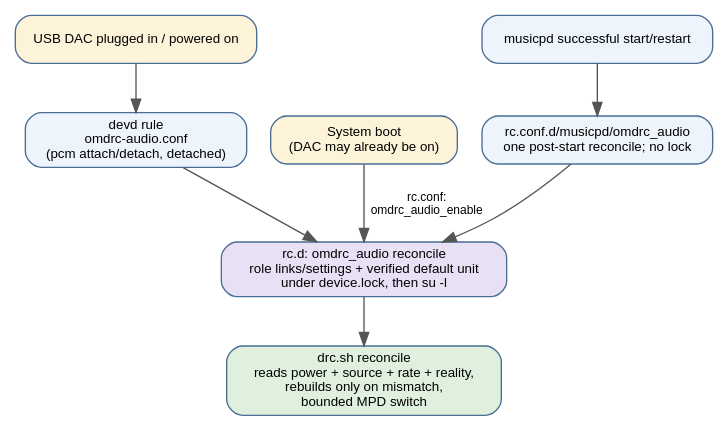
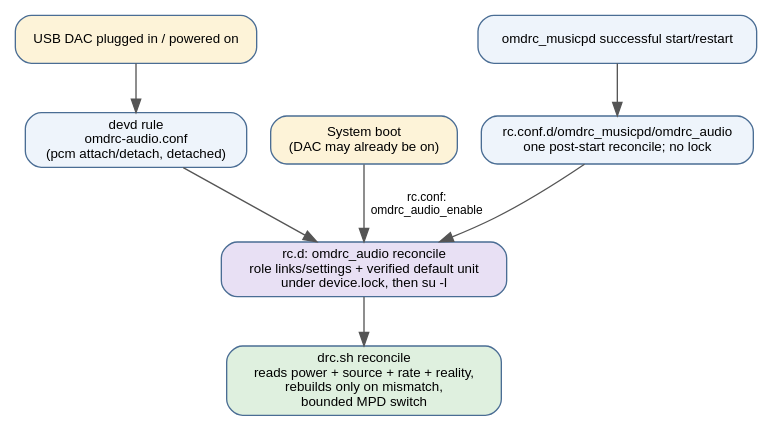
The diagram in doc/pdf/diagrams/hotplug-freebsd.dot (delleceste/open-media-drc), drawn with Graphviz before and after one commit. The commit also changed 12 other files, not shown here.

First line of the commit message:
FreeBSD: run MPD from a project-owned omdrc_musicpd rc script

```diff
--- a/doc/pdf/diagrams/hotplug-freebsd.dot
+++ b/doc/pdf/diagrams/hotplug-freebsd.dot
@@ -1,19 +1,19 @@
 // USB DAC hotplug plus late-MPD reconciliation, FreeBSD: devd + rc.d.
 digraph hotplug_freebsd {
     rankdir=TB;
     fontname="Helvetica";
     node [fontname="Helvetica", fontsize=10, shape=box, style="rounded,filled", fillcolor="#eef4fb", color="#4a6d94"];
     edge [fontname="Helvetica", fontsize=9, color="#555555"];
 
     plug [label="USB DAC plugged in / powered on", fillcolor="#fdf3d8"];
     boot [label="System boot\n(DAC may already be on)", fillcolor="#fdf3d8"];
     devd  [label="devd rule\nomdrc-audio.conf\n(pcm attach/detach, detached)"];
-    mpdok [label="musicpd successful start/restart"];
-    mpdhook [label="rc.conf.d/musicpd/omdrc_audio\none post-start reconcile; no lock"];
+    mpdok [label="omdrc_musicpd successful start/restart"];
+    mpdhook [label="rc.conf.d/omdrc_musicpd/omdrc_audio\none post-start reconcile; no lock"];
     rcd   [label="rc.d: omdrc_audio reconcile\nrole links/settings + verified default unit\nunder device.lock, then su -l", fillcolor="#e8e0f4"];
     reconcile [label="drc.sh reconcile\nreads power + source + rate + reality,\nrebuilds only on mismatch,\nbounded MPD switch", fillcolor="#dff0df"];
 
     plug -> devd -> rcd -> reconcile;
     mpdok -> mpdhook -> rcd;
     boot -> rcd [label="rc.conf:\nomdrc_audio_enable"];
 }
```
